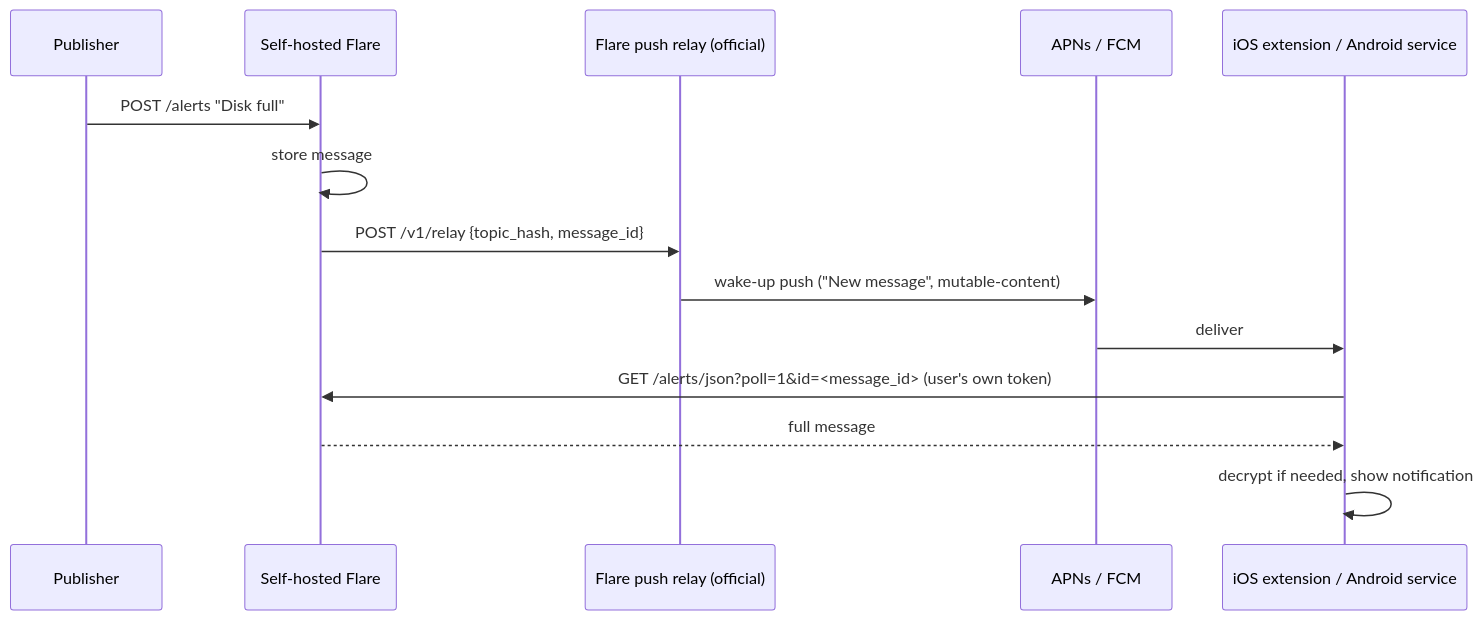
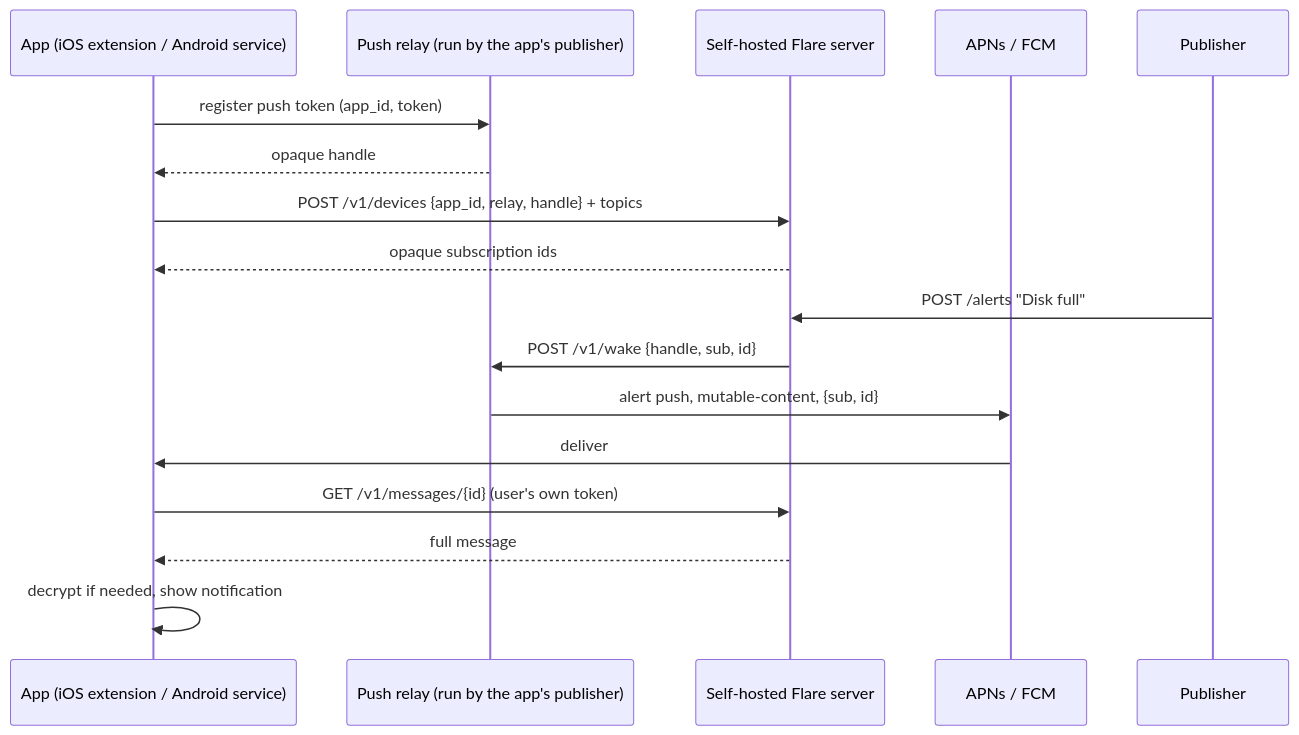
One commit to vignesh-ramsh/flare changed the fourth of 6 diagrams in docs/ARCHITECTURE.md. Above: the diagram before and after it, drawn with Mermaid. The commit also changed other lines of this file and 1 other file, not shown here.

First line of the commit message:
Design for open source, self-hosting and white-label builds

````diff
--- a/docs/ARCHITECTURE.md
+++ b/docs/ARCHITECTURE.md
@@ -310,17 +327,20 @@
 ```mermaid
 sequenceDiagram
+  participant App as App (iOS extension / Android service)
+  participant R as Push relay (run by the app's publisher)
+  participant S as Self-hosted Flare server
+  participant A as APNs / FCM
   participant P as Publisher
-  participant S as Self-hosted Flare
-  participant R as Flare push relay (official)
-  participant A as APNs / FCM
-  participant N as iOS extension / Android service
 
+  App->>R: register push token (app_id, token)
+  R-->>App: opaque handle
+  App->>S: POST /v1/devices {app_id, relay, handle} + topics
+  S-->>App: opaque subscription ids
   P->>S: POST /alerts "Disk full"
-  S->>S: store message
-  S->>R: POST /v1/relay {topic_hash, message_id}
-  R->>A: wake-up push ("New message", mutable-content)
-  A->>N: deliver
-  N->>S: GET /alerts/json?poll=1&id=<message_id> (user's own token)
-  S-->>N: full message
-  N->>N: decrypt if needed, show notification
+  S->>R: POST /v1/wake {handle, sub, id}
+  R->>A: alert push, mutable-content, {sub, id}
+  A->>App: deliver
+  App->>S: GET /v1/messages/{id} (user's own token)
+  S-->>App: full message
+  App->>App: decrypt if needed, show notification
 ```
````
